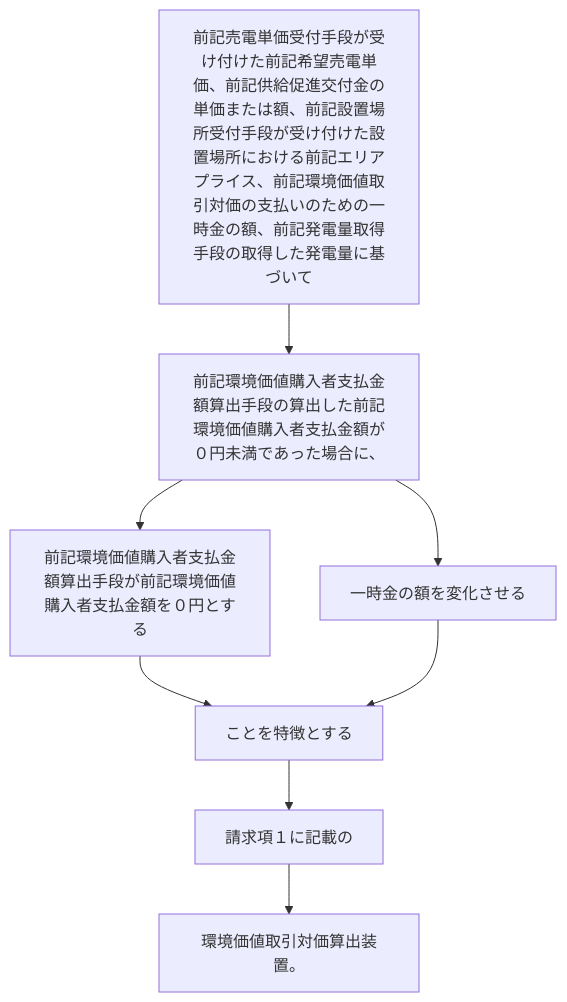
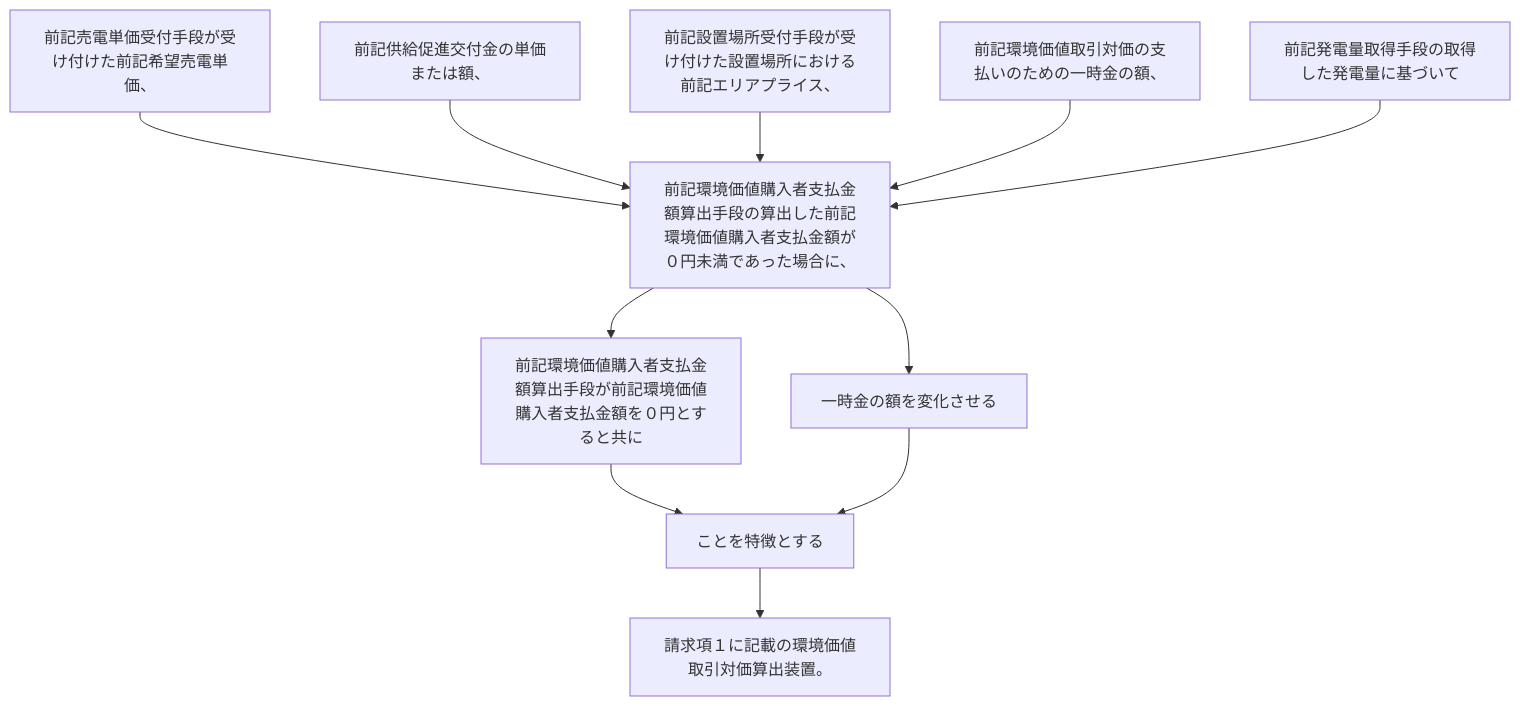
The diagram in 2024/JP2024027042A/claim_3/README.md (shinmori55/patent_analyzed), drawn with Mermaid before and after one commit. The commit also changed 336 other files, not shown here.

````diff
--- a/2024/JP2024027042A/claim_3/README.md
+++ b/2024/JP2024027042A/claim_3/README.md
@@ -2,17 +2,23 @@
 ```mermaid
 flowchart TD
-A[前記売電単価受付手段が受け付けた前記希望売電単価、前記供給促進交付金の単価または額、前記設置場所受付手段が受け付けた設置場所における前記エリアプライス、前記環境価値取引対価の支払いのための一時金の額、前記発電量取得手段の取得した発電量に基づいて]
-B[前記環境価値購入者支払金額算出手段の算出した前記環境価値購入者支払金額が０円未満であった場合に、]
-C[前記環境価値購入者支払金額算出手段が前記環境価値購入者支払金額を０円とする]
-D[一時金の額を変化させる]
-E[ことを特徴とする]
-F[請求項１に記載の]
-G[環境価値取引対価算出装置。]
-A --> B
-B --> C
-B --> D
-C --> E
-D --> E
+A[前記売電単価受付手段が受け付けた前記希望売電単価、]
+B[前記供給促進交付金の単価または額、]
+C[前記設置場所受付手段が受け付けた設置場所における前記エリアプライス、]
+D[前記環境価値取引対価の支払いのための一時金の額、]
+E[前記発電量取得手段の取得した発電量に基づいて]
+F[前記環境価値購入者支払金額算出手段の算出した前記環境価値購入者支払金額が０円未満であった場合に、]
+G[前記環境価値購入者支払金額算出手段が前記環境価値購入者支払金額を０円とすると共に]
+H[一時金の額を変化させる]
+I[ことを特徴とする]
+J[請求項１に記載の環境価値取引対価算出装置。]
+A --> F
+B --> F
+C --> F
+D --> F
 E --> F
 F --> G
+F --> H
+G --> I
+H --> I
+I --> J
 ```
````
